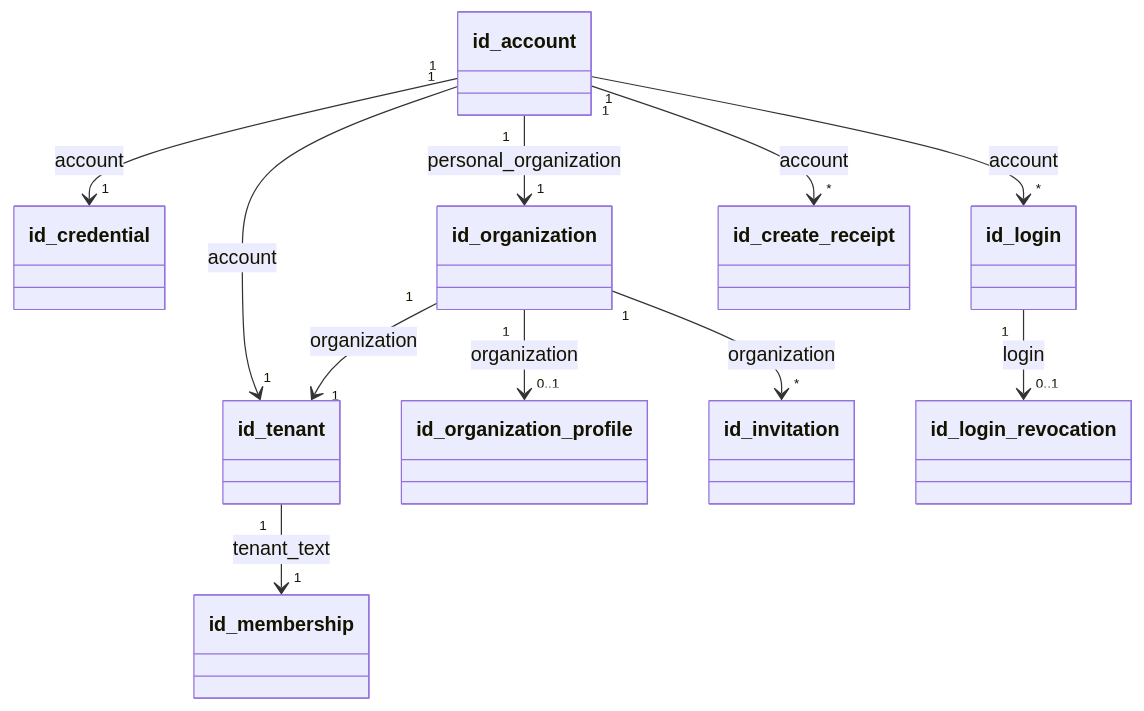
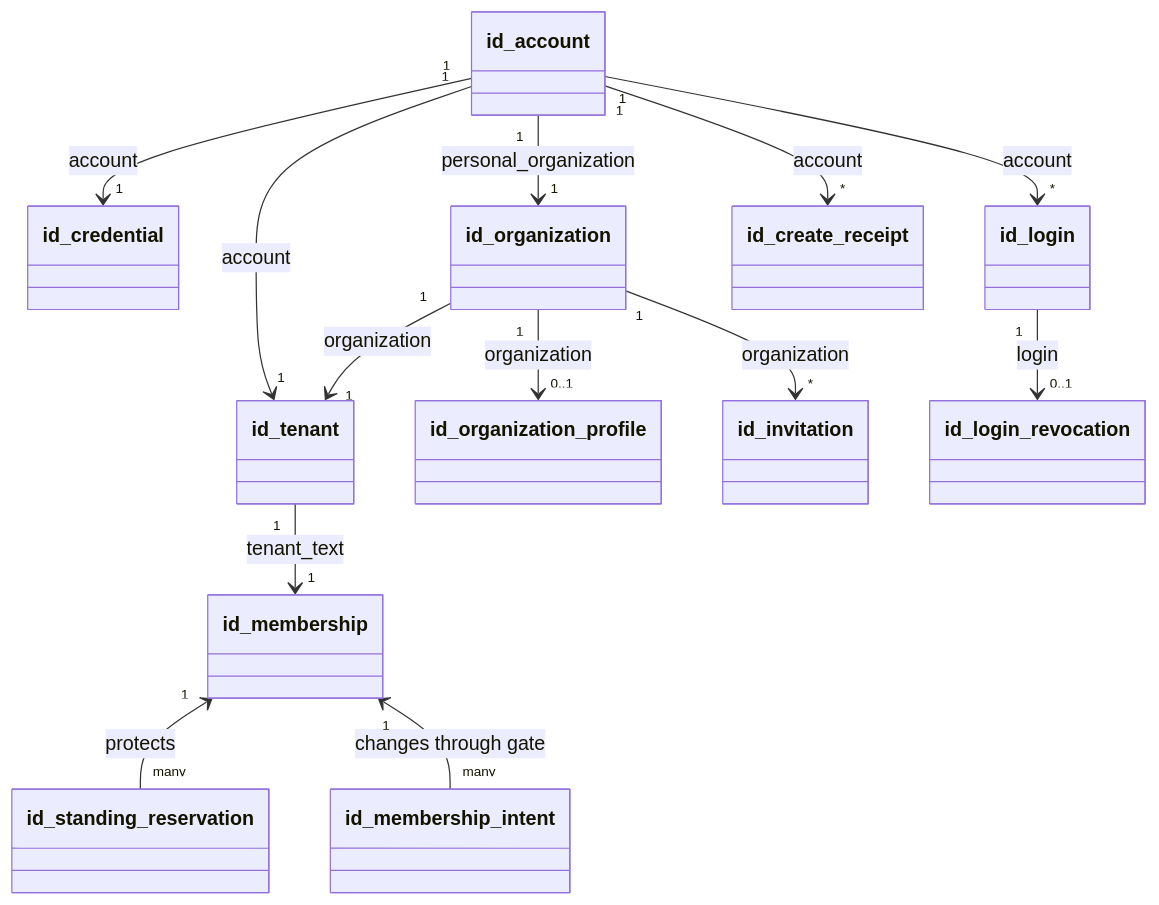
Before and after one commit to nemori-ai/omne-harness-lite: the diagram in packages/identity/identity-sql/docs/object-model.md, drawn with Mermaid. The commit also changed other lines of this file and 188 other files, not shown here.

````diff
--- a/packages/identity/identity-sql/docs/object-model.md
+++ b/packages/identity/identity-sql/docs/object-model.md
@@ -24,23 +27,27 @@
 ```mermaid
 classDiagram
   class id_account
   class id_credential
   class id_organization
   class id_tenant
   class id_membership
+  class id_standing_reservation
+  class id_membership_intent
+  id_membership "1" <-- "many" id_standing_reservation : protects
+  id_membership "1" <-- "many" id_membership_intent : changes through gate
   class id_login
   id_account "1" --> "1" id_credential : account
   id_account "1" --> "1" id_organization : personal_organization
   id_organization "1" --> "1" id_tenant : organization
   id_account "1" --> "1" id_tenant : account
   id_tenant "1" --> "1" id_membership : tenant_text
   id_account "1" --> "*" id_login : account
   class id_organization_profile
   class id_invitation
   class id_create_receipt
   class id_login_revocation
   id_organization "1" --> "0..1" id_organization_profile : organization
   id_organization "1" --> "*" id_invitation : organization
   id_account "1" --> "*" id_create_receipt : account
   id_login "1" --> "0..1" id_login_revocation : login
 ```
````
